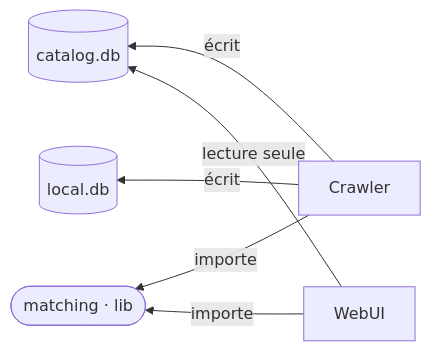
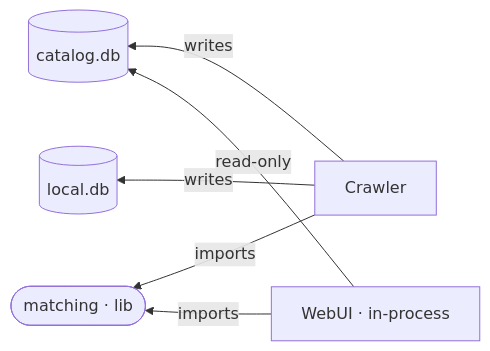
Before and after one commit to GeoffreyCoulaud/mulewatch: the second of 10 diagrams in docs/architecture.md, drawn with Mermaid. The commit also changed other lines of this file and 14 other files, not shown here.

````diff
--- a/docs/architecture.md
+++ b/docs/architecture.md
@@ -44,14 +48,14 @@
 ```mermaid
 flowchart RL
   crawler["Crawler"]
-  webui["WebUI"]
+  webui["WebUI · in-process"]
   catalog[("catalog.db")]
   local[("local.db")]
   matching(["matching · lib"])
 
-  crawler -->|écrit| catalog
-  crawler -->|écrit| local
-  crawler -->|importe| matching
-  webui -->|"lecture seule"| catalog
-  webui -->|importe| matching
+  crawler -->|writes| catalog
+  crawler -->|writes| local
+  crawler -->|imports| matching
+  webui -->|"read-only"| catalog
+  webui -->|imports| matching
 ```
````
